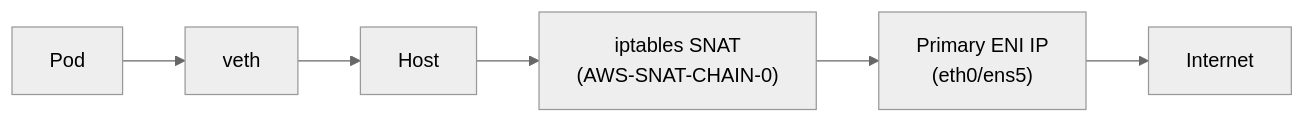
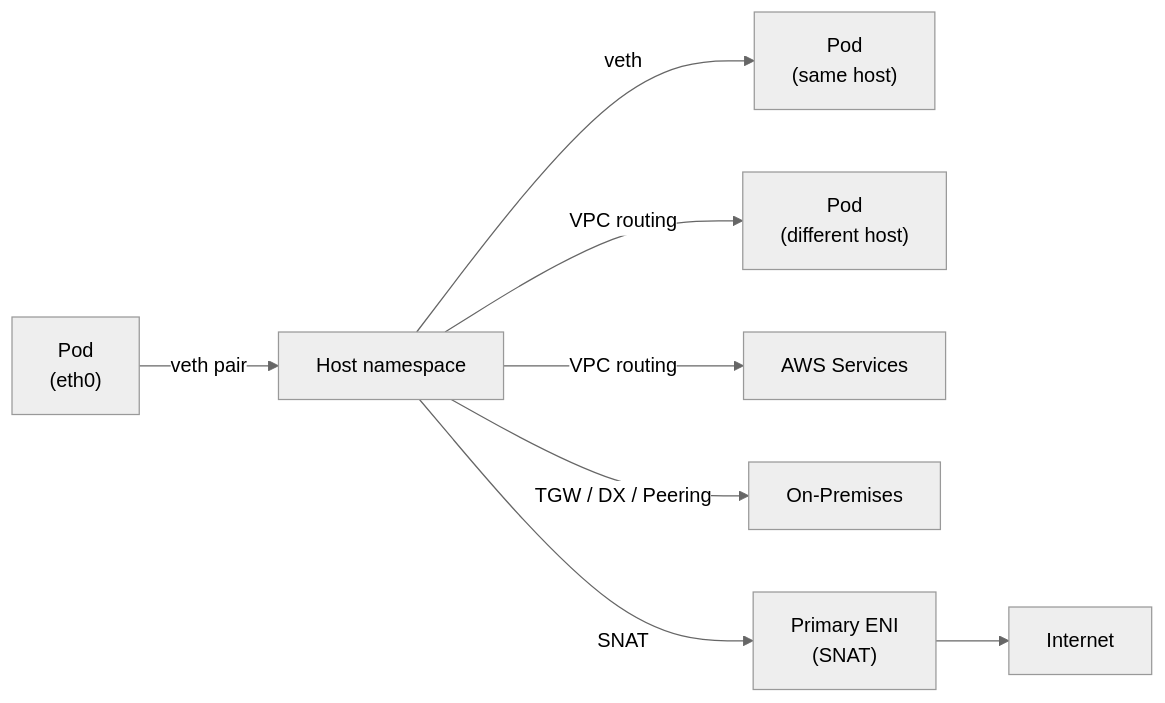
Before and after one commit to pyy0715/eks-pratice: the diagram in docs/week2/4_pod-networking.md, drawn with Mermaid (neutral theme). The commit also changed other lines of this file and 9 other files, not shown here.

````diff
--- a/docs/week2/4_pod-networking.md
+++ b/docs/week2/4_pod-networking.md
@@ -106,7 +30,19 @@
 ```mermaid
 graph LR
-    Pod --> veth --> Host
-    Host --> SNAT["iptables SNAT\n(AWS-SNAT-CHAIN-0)"]
-    SNAT --> PrimaryENI["Primary ENI IP\n(eth0/ens5)"]
-    PrimaryENI --> Internet
+    Pod["Pod\n(eth0)"]
+    Host["Host namespace"]
+    PodSame["Pod\n(same host)"]
+    PodOther["Pod\n(different host)"]
+    AWS["AWS Services"]
+    OnPrem["On-Premises"]
+    ENI["Primary ENI\n(SNAT)"]
+    Internet["Internet"]
+
+    Pod -->|"veth pair"| Host
+    Host -->|"veth"| PodSame
+    Host -->|"VPC routing"| PodOther
+    Host -->|"VPC routing"| AWS
+    Host -->|"TGW / DX / Peering"| OnPrem
+    Host -->|"SNAT"| ENI
+    ENI --> Internet
 ```
````
